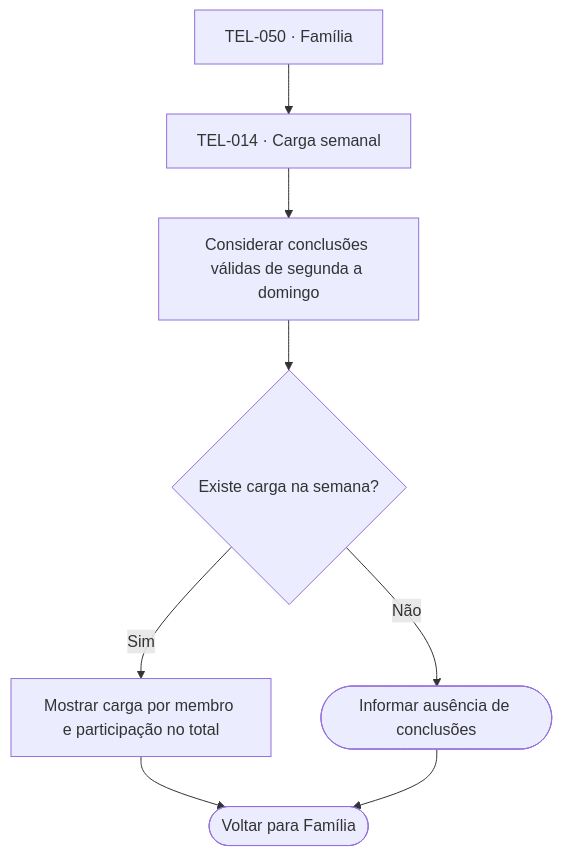
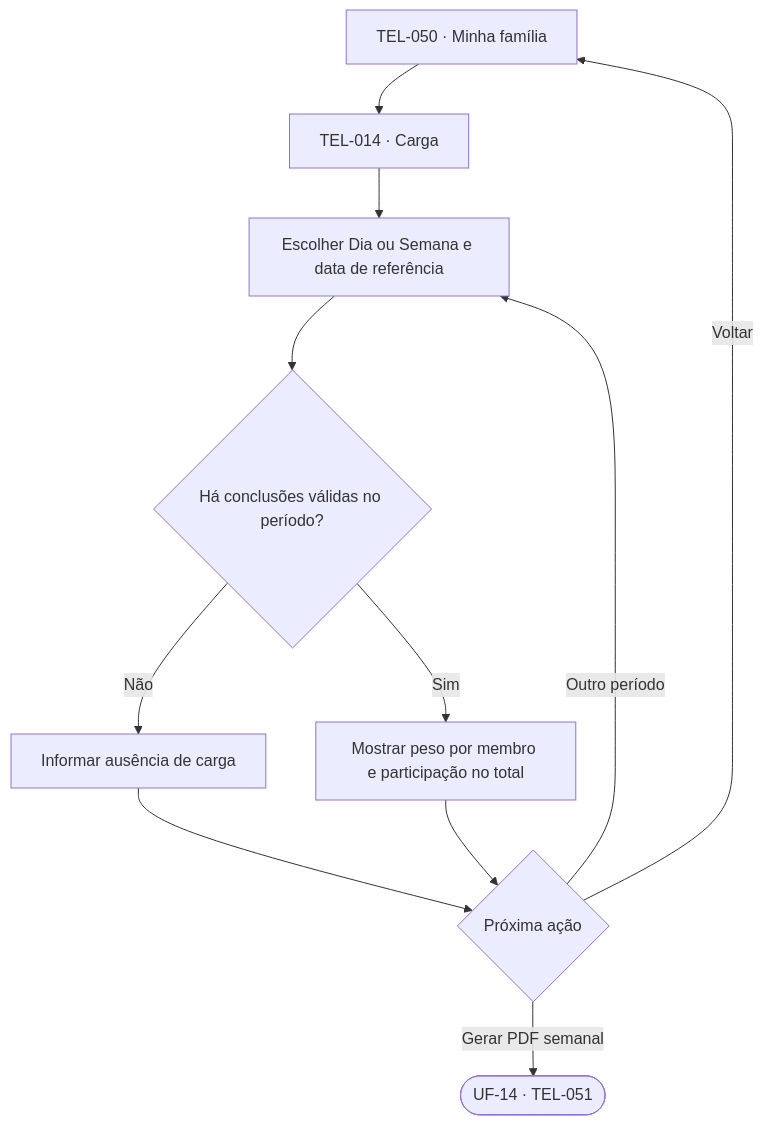
One commit to lizandramalta/App-Rotina-Familiar changed the ninth of 15 diagrams in docs/design/user-flows.md. Above: the diagram before and after it, drawn with Mermaid. The commit also changed other lines of this file and 21 other files, not shown here.

````diff
--- a/docs/design/user-flows.md
+++ b/docs/design/user-flows.md
@@ -323,10 +336,13 @@
 ```mermaid
 flowchart TD
-    A["TEL-050 · Família"] --> B["TEL-014 · Carga semanal"]
-    B --> C["Considerar conclusões válidas de segunda a domingo"]
-    C --> D{"Existe carga na semana?"}
-    D -->|Não| E(["Informar ausência de conclusões"])
-    D -->|Sim| F["Mostrar carga por membro e participação no total"]
-    F --> G(["Voltar para Família"])
-    E --> G
+    A["TEL-050 · Minha família"] --> B["TEL-014 · Carga"]
+    B --> C["Escolher Dia ou Semana e data de referência"]
+    C --> D{"Há conclusões válidas no período?"}
+    D -->|Não| E["Informar ausência de carga"]
+    D -->|Sim| F["Mostrar peso por membro e participação no total"]
+    E --> G{"Próxima ação"}
+    F --> G
+    G -->|Outro período| C
+    G -->|Gerar PDF semanal| H(["UF-14 · TEL-051"])
+    G -->|Voltar| A
 ```
````
